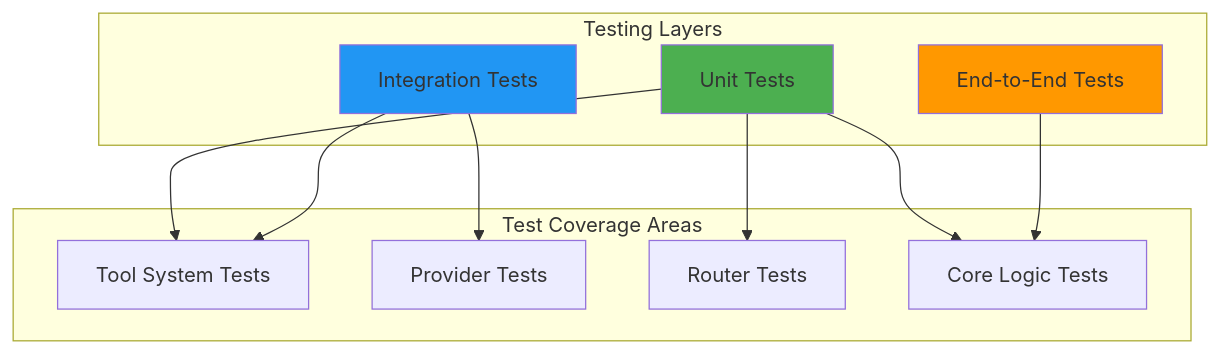
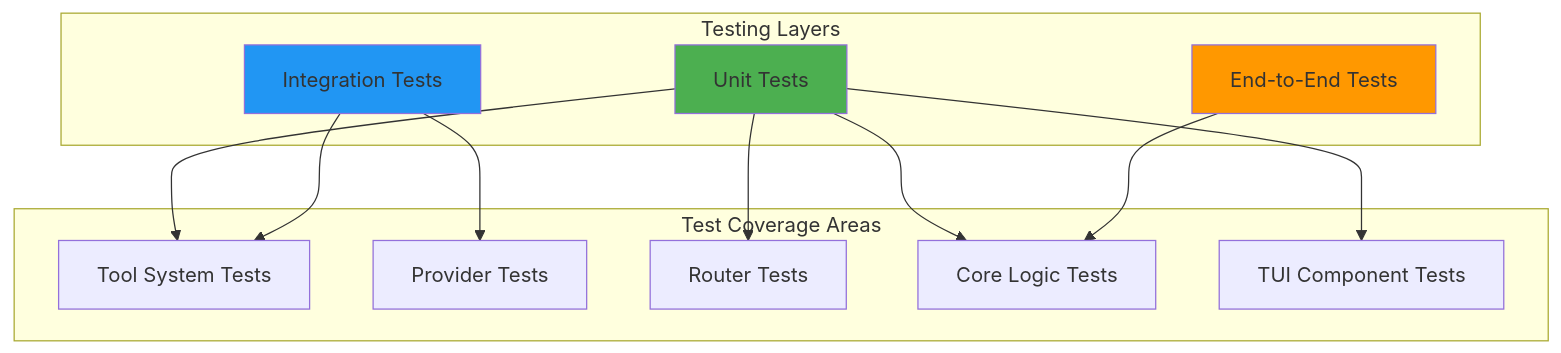
The first of 6 diagrams in docs/TESTING.md (ausardcompany/alexi), drawn with Mermaid before and after one commit. The commit also changed other lines of this file and 4 other files, not shown here.

````diff
--- a/docs/TESTING.md
+++ b/docs/TESTING.md
@@ -19,26 +20,28 @@
 ```mermaid
 graph TB
     subgraph "Testing Layers"
         Unit[Unit Tests]
         Integration[Integration Tests]
         E2E[End-to-End Tests]
     end
     
     subgraph "Test Coverage Areas"
         Tools[Tool System Tests]
         Providers[Provider Tests]
         Router[Router Tests]
         Core[Core Logic Tests]
+        TUI[TUI Component Tests]
     end
     
     Unit --> Tools
     Unit --> Router
     Unit --> Core
+    Unit --> TUI
     Integration --> Providers
     Integration --> Tools
     E2E --> Core
     
     style Unit fill:#4CAF50
     style Integration fill:#2196F3
     style E2E fill:#FF9800
 ```
````
